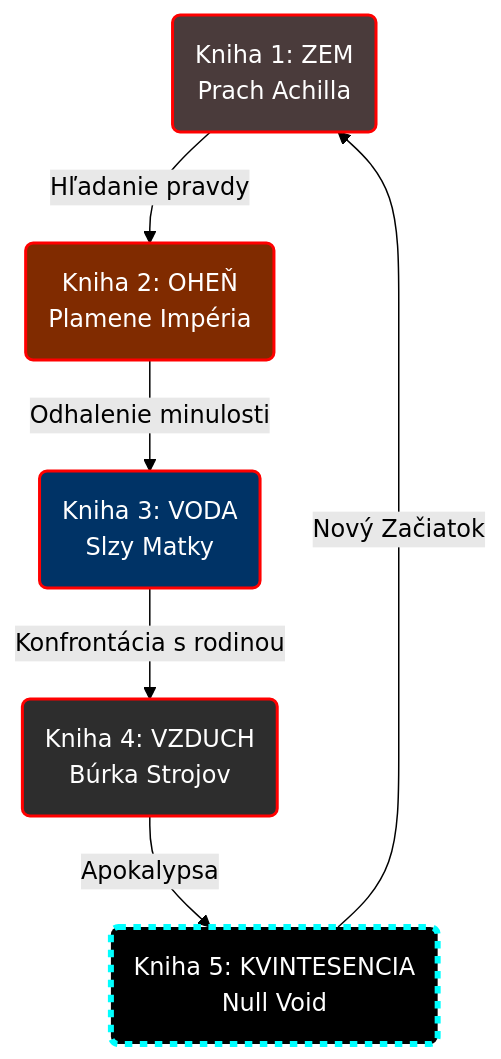
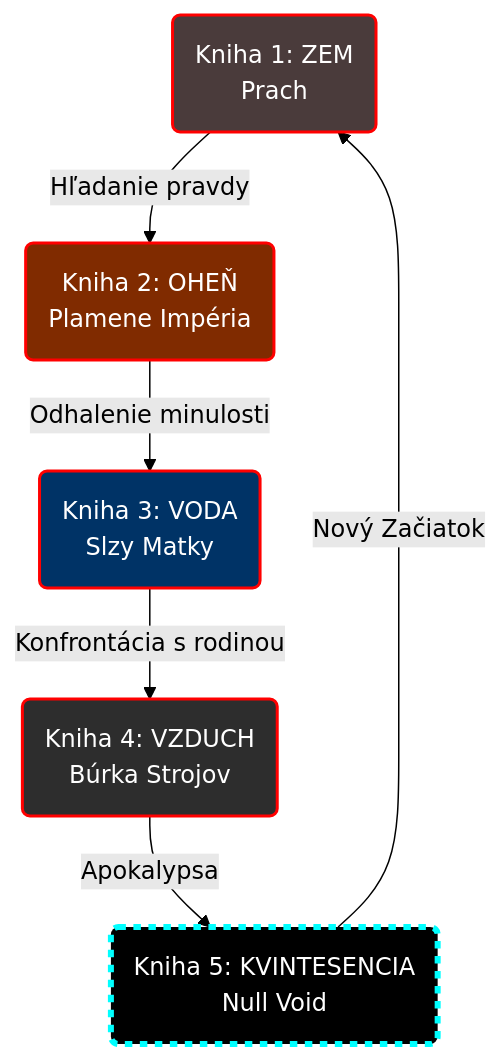
The first of 2 diagrams in maybe/the-pentagram-arc.md (BranLang/null-void), drawn with Mermaid (forest theme) before and after one commit. The commit also changed 15 other files, not shown here.

````diff
--- a/maybe/the-pentagram-arc.md
+++ b/maybe/the-pentagram-arc.md
@@ -5,23 +5,23 @@
 ```mermaid
 graph TD
     %% Definicia uzlov
-    B1(Kniha 1: ZEM<br>Prach Achilla)
+    B1(Kniha 1: ZEM<br>Prach)
     B2(Kniha 2: OHEŇ<br>Plamene Impéria)
     B3(Kniha 3: VODA<br>Slzy Matky)
     B4(Kniha 4: VZDUCH<br>Búrka Strojov)
     B5(Kniha 5: KVINTESENCIA<br>Null Void)
 
     %% Vztahy a tok pribehu
     B1 -->|Hľadanie pravdy| B2
     B2 -->|Odhalenie minulosti| B3
     B3 -->|Konfrontácia s rodinou| B4
     B4 -->|Apokalypsa| B5
     B5 -->|Nový Začiatok| B1
 
     %% Styling (Cyberpunk farby)
     style B1 fill:#4a3b3b,stroke:#f00,stroke-width:2px,color:#fff
     style B2 fill:#802b00,stroke:#f00,stroke-width:2px,color:#fff
     style B3 fill:#003366,stroke:#f00,stroke-width:2px,color:#fff
     style B4 fill:#2d2d2d,stroke:#f00,stroke-width:2px,color:#fff
     style B5 fill:#000000,stroke:#0ff,stroke-width:4px,color:#fff,stroke-dasharray: 5 5
 ```
````
